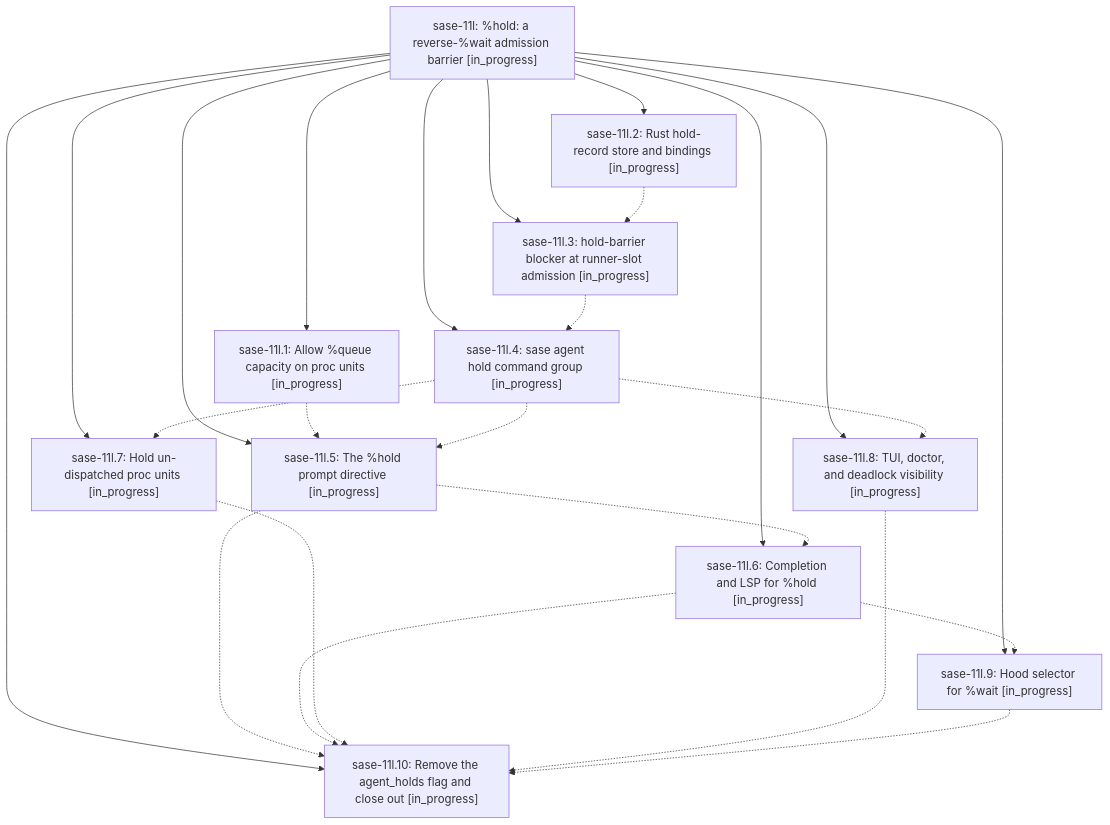
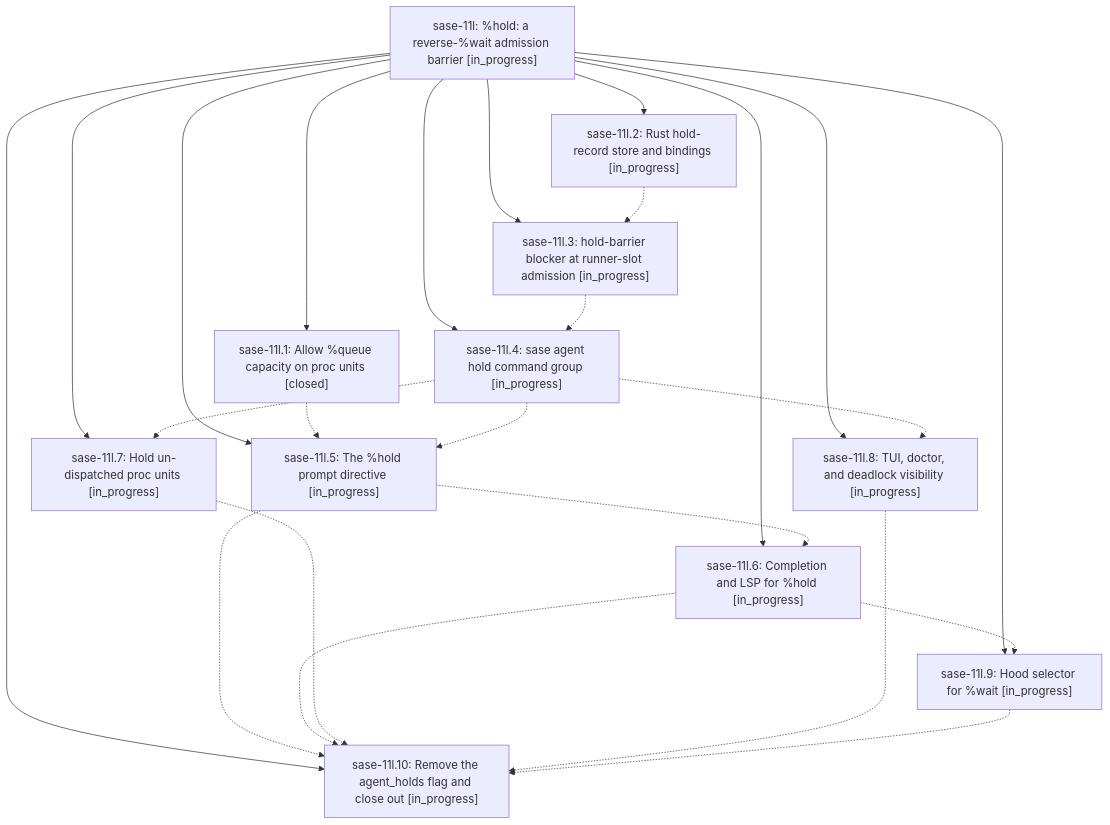
The diagram in pages/sase-11l/README.md (sase-org/sase--beads), drawn with Mermaid before and after one commit. The commit also changed other lines of this file and 3 other files, not shown here.

````diff
--- a/pages/sase-11l/README.md
+++ b/pages/sase-11l/README.md
@@ -31,37 +31,37 @@
 ```mermaid
 flowchart TD
     n0["sase-11l: %hold: a reverse-%wait admission barrier [in_progress]"]
-    n1["sase-11l.1: Allow %queue capacity on proc units [in_progress]"]
+    n1["sase-11l.1: Allow %queue capacity on proc units [closed]"]
     n2["sase-11l.10: Remove the agent_holds flag and close out [in_progress]"]
     n3["sase-11l.2: Rust hold-record store and bindings [in_progress]"]
     n4["sase-11l.3: hold-barrier blocker at runner-slot admission [in_progress]"]
     n5["sase-11l.4: sase agent hold command group [in_progress]"]
     n6["sase-11l.5: The %hold prompt directive [in_progress]"]
     n7["sase-11l.6: Completion and LSP for %hold [in_progress]"]
     n8["sase-11l.7: Hold un-dispatched proc units [in_progress]"]
     n9["sase-11l.8: TUI, doctor, and deadlock visibility [in_progress]"]
     n10["sase-11l.9: Hood selector for %wait [in_progress]"]
     n0 --> n1
     n0 --> n2
     n0 --> n3
     n0 --> n4
     n0 --> n5
     n0 --> n6
     n0 --> n7
     n0 --> n8
     n0 --> n9
     n0 --> n10
     n1 -.-> n6
     n3 -.-> n4
     n4 -.-> n5
     n5 -.-> n6
     n5 -.-> n8
     n5 -.-> n9
     n6 -.-> n2
     n6 -.-> n7
     n7 -.-> n2
     n7 -.-> n10
     n8 -.-> n2
     n9 -.-> n2
     n10 -.-> n2
 ```
````
